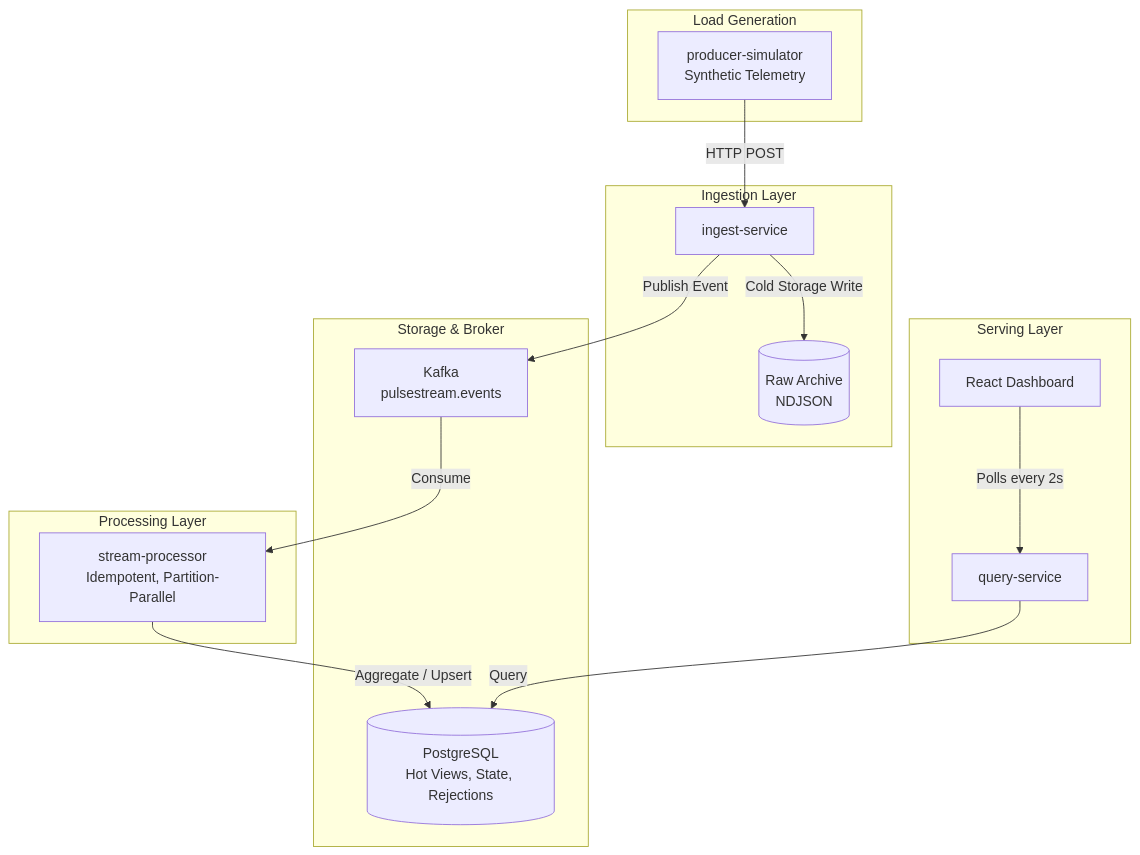
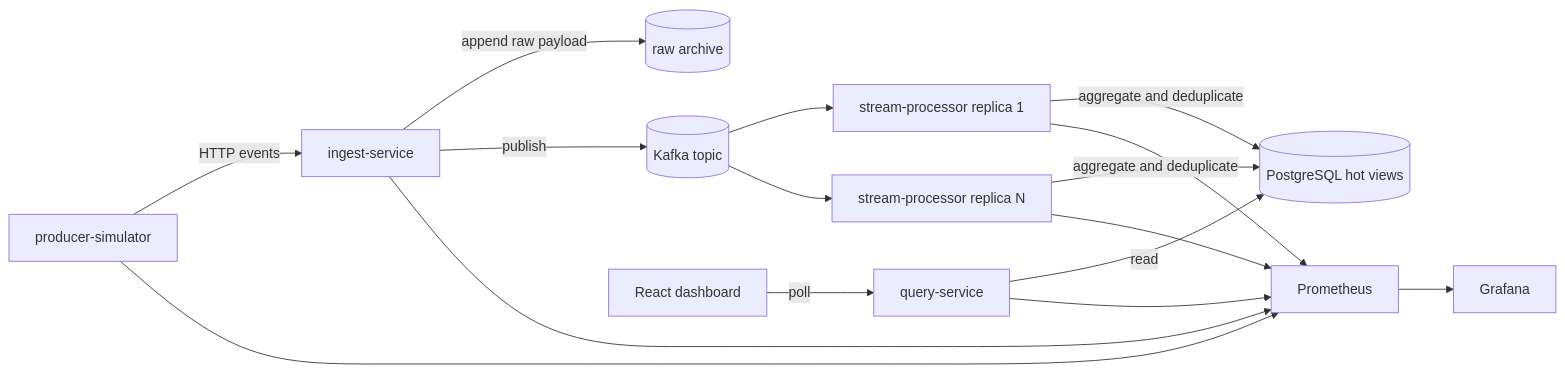
The diagram in README.md (ErenAri/real-time-event-processing-fabric), drawn with Mermaid before and after one commit. The commit also changed other lines of this file and 6 other files, not shown here.

Commit message:
refresh project docs and diagrams

````diff
--- a/README.md
+++ b/README.md
@@ -64,35 +16,30 @@
 ```mermaid
-graph TD
-    subgraph Load Generation
-        PS[producer-simulator<br>Synthetic Telemetry]
-    end
+flowchart LR
+    PS[producer-simulator]
+    IS[ingest-service]
+    RA[(raw archive)]
+    K[(Kafka topic)]
+    SP1[stream-processor replica 1]
+    SPN[stream-processor replica N]
+    DB[(PostgreSQL hot views)]
+    QS[query-service]
+    UI[React dashboard]
+    PM[Prometheus]
+    GF[Grafana]
 
-    subgraph Ingestion Layer
-        IS[ingest-service]
-        RA[(Raw Archive<br>NDJSON)]
-    end
-
-    subgraph Storage & Broker
-        K[Kafka<br>pulsestream.events]
-        DB[(PostgreSQL<br>Hot Views, State, Rejections)]
-    end
-
-    subgraph Processing Layer
-        SP[stream-processor<br>Idempotent, Partition-Parallel]
-    end
-
-    subgraph Serving Layer
-        QS[query-service]
-        UI[React Dashboard]
-    end
-
-    PS -->|HTTP POST| IS
-    IS -->|Cold Storage Write| RA
-    IS -->|Publish Event| K
-    
-    K -->|Consume| SP
-    SP -->|Aggregate / Upsert| DB
-    
-    UI -->|Polls every 2s| QS
-    QS -->|Query| DB
+    PS -->|HTTP events| IS
+    IS -->|append raw payload| RA
+    IS -->|publish| K
+    K --> SP1
+    K --> SPN
+    SP1 -->|aggregate and deduplicate| DB
+    SPN -->|aggregate and deduplicate| DB
+    QS -->|read| DB
+    UI -->|poll| QS
+    IS --> PM
+    SP1 --> PM
+    SPN --> PM
+    QS --> PM
+    PS --> PM
+    PM --> GF
 ```
````
